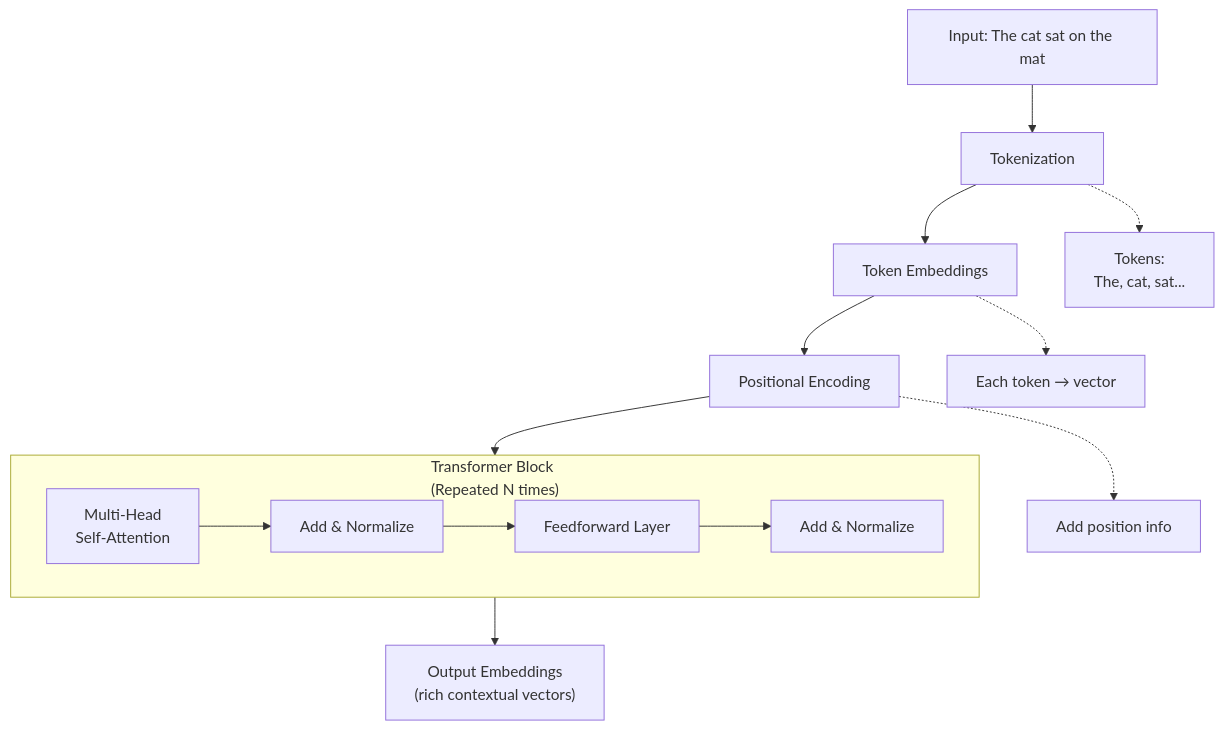
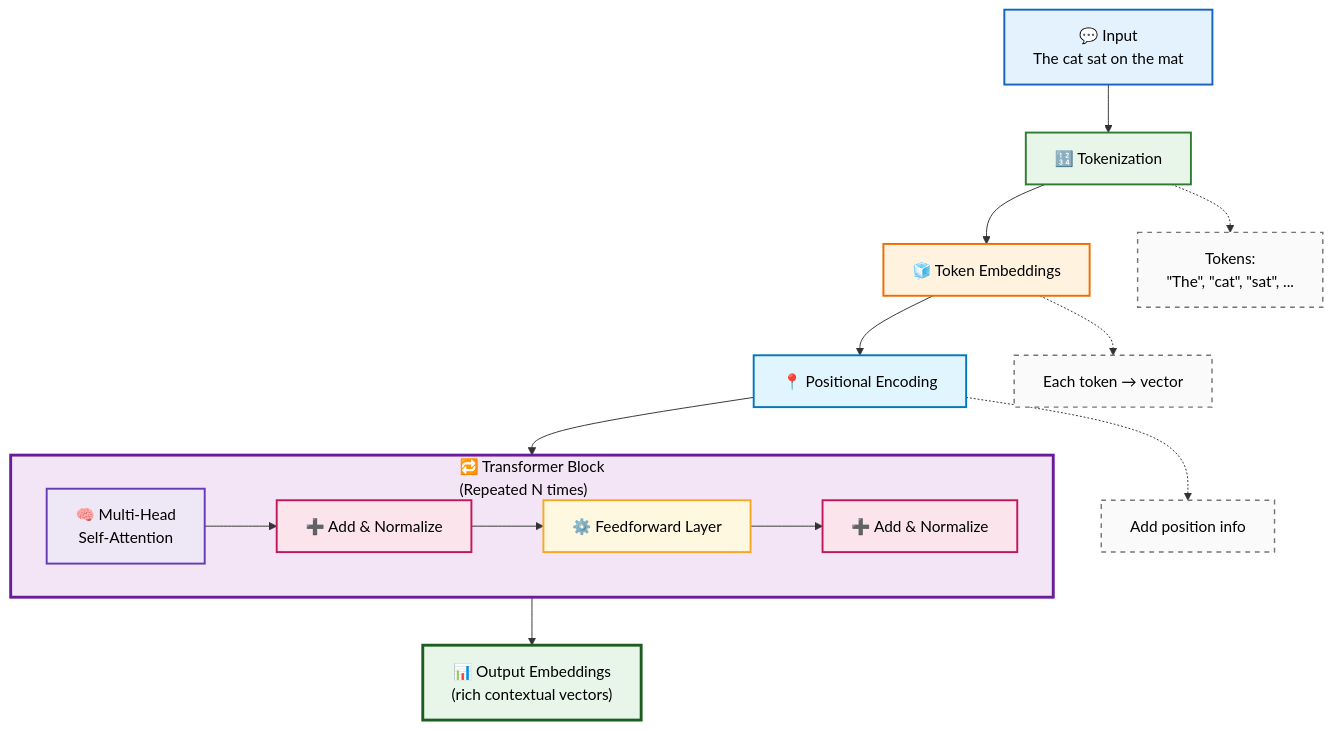
One commit to Sandhyaganesan23/Gen_AI changed the diagram in README.md. Above: the diagram before and after it, drawn with Mermaid.

Commit message:
Enhance flowchart with emojis and additional notes

````diff
--- a/README.md
+++ b/README.md
@@ -1,19 +1,41 @@
 ```mermaid
 flowchart TD
-    A["Input: The cat sat on the mat"] --> B["Tokenization"]
-    B --> C["Token Embeddings"]
-    C --> D["Positional Encoding"]
-    D --> E
+    A["💬 Input<br/>The cat sat on the mat"] --> B["🔢 Tokenization"]
+    B --> C["🧊 Token Embeddings"]
+    C --> D["📍 Positional Encoding"]
+    D --> T
 
-    subgraph E["Transformer Block<br/>(Repeated N times)"]
-        F["Multi-Head<br/>Self-Attention"] --> G["Add & Normalize"]
-        G --> H["Feedforward Layer"]
-        H --> I["Add & Normalize"]
+    B -.-> N1["Tokens:<br/>&quot;The&quot;, &quot;cat&quot;, &quot;sat&quot;, ..."]
+    C -.-> N2["Each token → vector"]
+    D -.-> N3["Add position info"]
+
+    subgraph T["🔁 Transformer Block<br/>(Repeated N times)"]
+        F["🧠 Multi-Head<br/>Self-Attention"] --> G["➕ Add & Normalize"]
+        G --> H["⚙️ Feedforward Layer"]
+        H --> I["➕ Add & Normalize"]
     end
 
-    E --> J["Output Embeddings<br/>(rich contextual vectors)"]
+    T --> O["📊 Output Embeddings<br/>(rich contextual vectors)"]
 
-    B -.-> Bnote["Tokens:<br/>The, cat, sat..."]
-    C -.-> Cnote["Each token → vector"]
-    D -.-> Dnote["Add position info"]
+    classDef input fill:#E3F2FD,stroke:#1565C0,stroke-width:2px,color:#000;
+    classDef token fill:#E8F5E9,stroke:#2E7D32,stroke-width:2px,color:#000;
+    classDef embed fill:#FFF3E0,stroke:#EF6C00,stroke-width:2px,color:#000;
+    classDef position fill:#E1F5FE,stroke:#0277BD,stroke-width:2px,color:#000;
+    classDef transformer fill:#F3E5F5,stroke:#6A1B9A,stroke-width:3px,color:#000;
+    classDef attention fill:#EDE7F6,stroke:#673AB7,stroke-width:2px,color:#000;
+    classDef normalize fill:#FCE4EC,stroke:#C2185B,stroke-width:2px,color:#000;
+    classDef feedforward fill:#FFF8E1,stroke:#F9A825,stroke-width:2px,color:#000;
+    classDef note fill:#FAFAFA,stroke:#757575,stroke-width:1.5px,stroke-dasharray: 5 5,color:#000;
+    classDef output fill:#E8F5E9,stroke:#1B5E20,stroke-width:3px,color:#000;
+
+    class A input;
+    class B token;
+    class C embed;
+    class D position;
+    class T transformer;
+    class F attention;
+    class G,I normalize;
+    class H feedforward;
+    class N1,N2,N3 note;
+    class O output;
 ```
````
